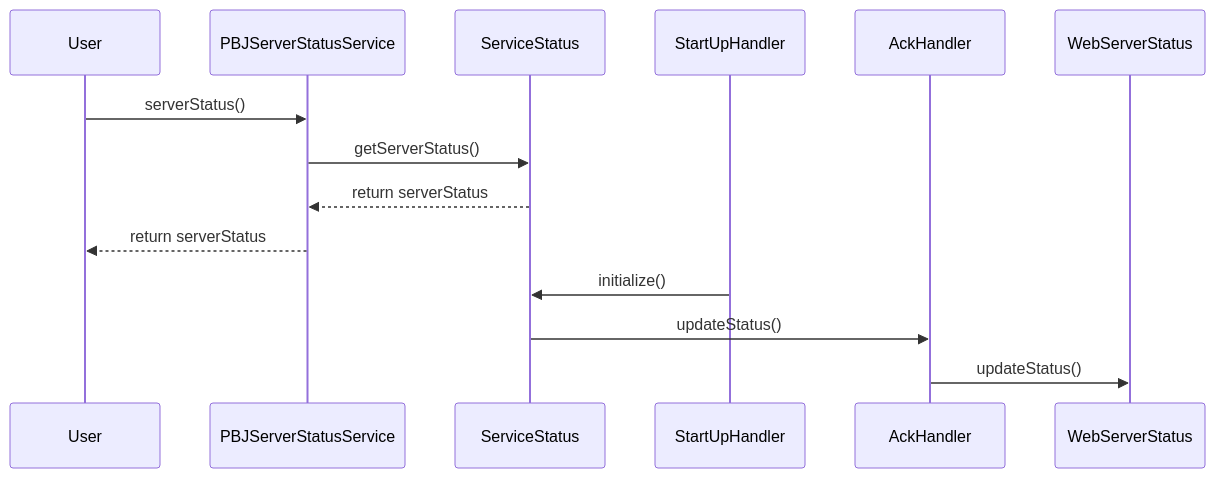
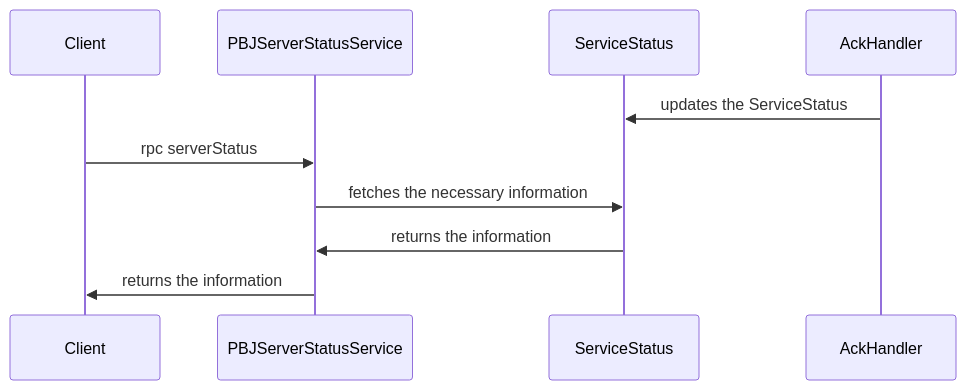
One commit to hashgraph/hedera-block-node changed the diagram in server/docs/design/server-status-api.md. Above: the diagram before and after it, drawn with Mermaid. The commit also changed other lines of this file, not shown here.

Commit message:
improvements

````diff
--- a/server/docs/design/server-status-api.md
+++ b/server/docs/design/server-status-api.md
@@ -56,18 +54,15 @@
 ```mermaid
 sequenceDiagram
-    participant U as User
-    participant V as PBJServerStatusService
-    participant S as ServiceStatus
-    participant SV as StartUpHandler
+    participant C as Client
+    participant PBJ as PBJServerStatusService
+    participant SS as ServiceStatus
     participant AH as AckHandler
-    participant WSS as WebServerStatus
 
-    U->>V: serverStatus()
-    V->>S: getServerStatus()
-    S-->>V: return serverStatus
-    V-->>U: return serverStatus
-    SV->>S: initialize()
-    S->>AH: updateStatus()
-    AH->>WSS: updateStatus()
+    AH->>SS: updates the ServiceStatus
+    C->>PBJ: rpc serverStatus
+    PBJ->>SS: fetches the necessary information
+    SS->>PBJ: returns the information
+    PBJ->>C: returns the information
+    
 
 ```
````
